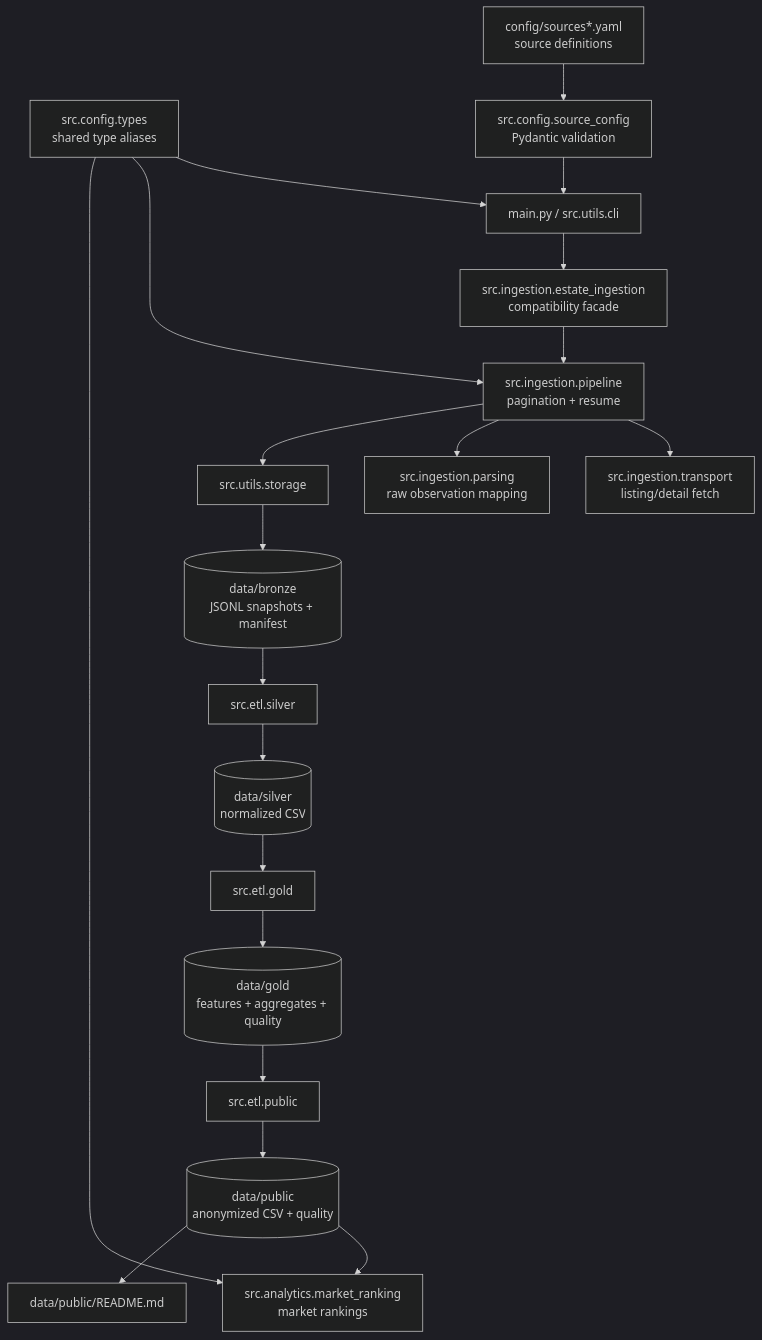
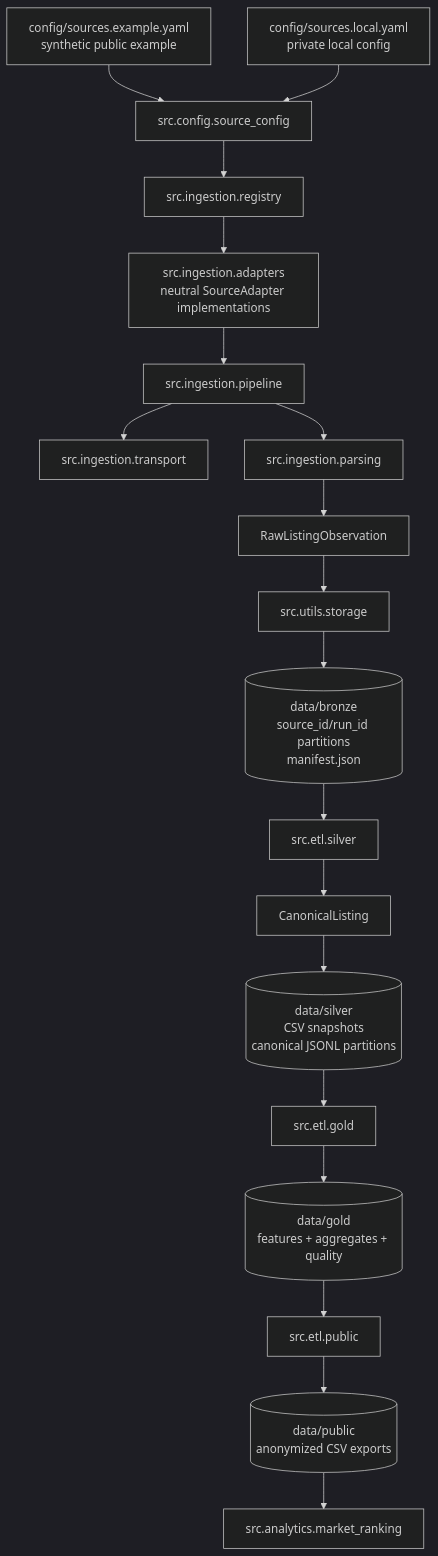
One commit to bi3lu/polish-real-estate-price-aggregates changed the diagram in docs/data-pipeline.md. Above: the diagram before and after it, drawn with Mermaid (dark theme). The commit also changed other lines of this file and 15 other files, not shown here.

````diff
--- a/docs/data-pipeline.md
+++ b/docs/data-pipeline.md
@@ -3,41 +3,41 @@
 ```mermaid
 flowchart TD
-    source_config[config/sources*.yaml<br/>source definitions]
-    config_types[src.config.types<br/>shared type aliases]
-    config_loader[src.config.source_config<br/>Pydantic validation]
-    cli[main.py / src.utils.cli]
-    ingestion[src.ingestion.estate_ingestion<br/>compatibility facade]
-    ingestion_pipeline[src.ingestion.pipeline<br/>pagination + resume]
-    ingestion_transport[src.ingestion.transport<br/>listing/detail fetch]
-    ingestion_parsing[src.ingestion.parsing<br/>raw observation mapping]
+    example_config[config/sources.example.yaml<br/>synthetic public example]
+    local_config[config/sources.local.yaml<br/>private local config]
+    config_loader[src.config.source_config]
+    registry[src.ingestion.registry]
+    adapters[src.ingestion.adapters<br/>neutral SourceAdapter implementations]
+    pipeline[src.ingestion.pipeline]
+    transport[src.ingestion.transport]
+    parsing[src.ingestion.parsing]
+    raw_model[RawListingObservation]
     bronze_storage[src.utils.storage]
-    bronze[(data/bronze<br/>JSONL snapshots + manifest)]
+    bronze[(data/bronze<br/>source_id/run_id partitions<br/>manifest.json)]
     silver_etl[src.etl.silver]
-    silver[(data/silver<br/>normalized CSV)]
+    canonical[CanonicalListing]
+    silver[(data/silver<br/>CSV snapshots<br/>canonical JSONL partitions)]
     gold_etl[src.etl.gold]
     gold[(data/gold<br/>features + aggregates + quality)]
     public_etl[src.etl.public]
-    public[(data/public<br/>anonymized CSV + quality)]
-    market_ranking[src.analytics.market_ranking<br/>market rankings]
-    public_readme[data/public/README.md]
+    public[(data/public<br/>anonymized CSV exports)]
+    ranking[src.analytics.market_ranking]
 
-    source_config --> config_loader
-    config_loader --> cli
-    config_types --> cli
-    config_types --> ingestion_pipeline
-    config_types --> market_ranking
-    cli --> ingestion
-    ingestion --> ingestion_pipeline
-    ingestion_pipeline --> ingestion_transport
-    ingestion_pipeline --> ingestion_parsing
-    ingestion_pipeline --> bronze_storage
+    example_config --> config_loader
+    local_config --> config_loader
+    config_loader --> registry
+    registry --> adapters
+    adapters --> pipeline
+    pipeline --> transport
+    pipeline --> parsing
+    parsing --> raw_model
+    raw_model --> bronze_storage
     bronze_storage --> bronze
     bronze --> silver_etl
-    silver_etl --> silver
+    silver_etl --> canonical
+    canonical --> silver
     silver --> gold_etl
     gold_etl --> gold
     gold --> public_etl
     public_etl --> public
-    public --> market_ranking
-    public --> public_readme
+    public --> ranking
 ```
````
